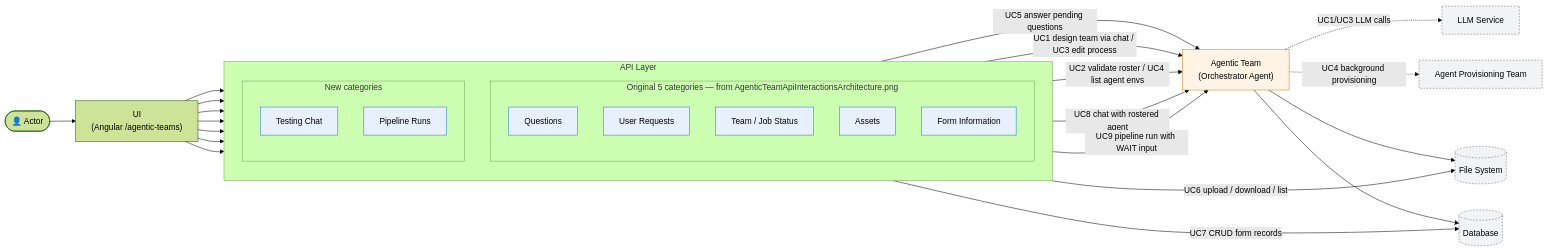
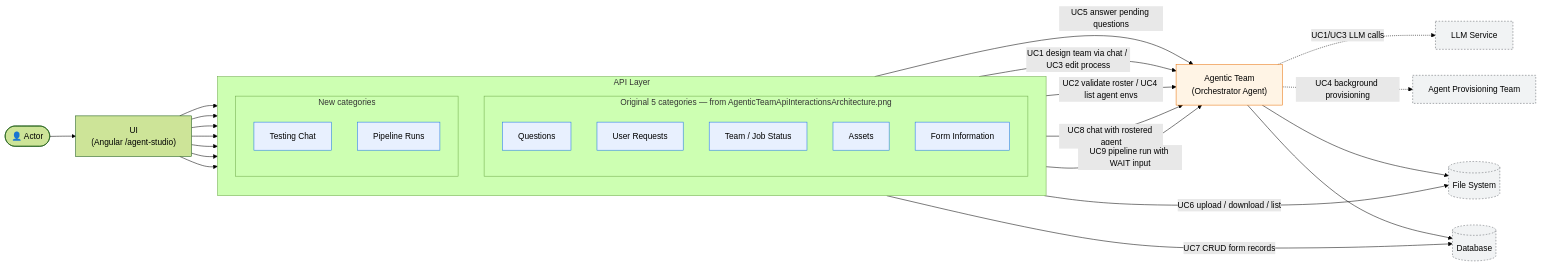
One commit to brandonkindred/Khala-Agentic-AI-Teams changed the diagram in backend/agents/agent_team_studio/agentic_team_provisioning/system_design/use_cases.md. Above: the diagram before and after it, drawn with Mermaid (forest theme). The commit also changed 8 other files, not shown here.

````diff
--- a/backend/agents/agent_team_studio/agentic_team_provisioning/system_design/use_cases.md
+++ b/backend/agents/agent_team_studio/agentic_team_provisioning/system_design/use_cases.md
@@ -7,56 +7,56 @@
 ```mermaid
 graph LR
     Actor(["👤 Actor"])
-    UI["UI<br/>(Angular /agentic-teams)"]
+    UI["UI<br/>(Angular /agent-studio)"]
     Team["Agentic Team<br/>(Orchestrator Agent)"]
     FS[("File System")]
     DB[("Database")]
     APT["Agent Provisioning Team"]
     LLM["LLM Service"]
 
     subgraph APILayer["API Layer"]
         direction TB
         subgraph Legacy["Original 5 categories — from AgenticTeamApiInteractionsArchitecture.png"]
             direction TB
             Q["Questions"]
             UR["User Requests"]
             TJ["Team / Job Status"]
             AS["Assets"]
             FI["Form Information"]
         end
         subgraph New["New categories"]
             direction TB
             TC["Testing Chat"]
             PR["Pipeline Runs"]
         end
     end
 
     Actor --> UI
     UI --> Q
     UI --> UR
     UI --> TJ
     UI --> AS
     UI --> FI
     UI --> TC
     UI --> PR
 
     Q  -->|"UC5 answer pending questions"| Team
     UR -->|"UC1 design team via chat / UC3 edit process"| Team
     TJ -->|"UC2 validate roster / UC4 list agent envs"| Team
     AS -->|"UC6 upload / download / list"| FS
     FI -->|"UC7 CRUD form records"| DB
     TC -->|"UC8 chat with rostered agent"| Team
     PR -->|"UC9 pipeline run with WAIT input"| Team
 
     Team -.->|"UC1/UC3 LLM calls"| LLM
     Team -.->|"UC4 background provisioning"| APT
     Team --> FS
     Team --> DB
 
     classDef apiLayer fill:#e8f0fe,stroke:#1a73e8
     classDef orchestrator fill:#fff4e5,stroke:#e8710a
     classDef external fill:#f1f3f4,stroke:#5f6368,stroke-dasharray: 3 3
     class Q,UR,TJ,AS,FI,TC,PR apiLayer
     class Team orchestrator
     class APT,LLM,FS,DB external
 ```
````
